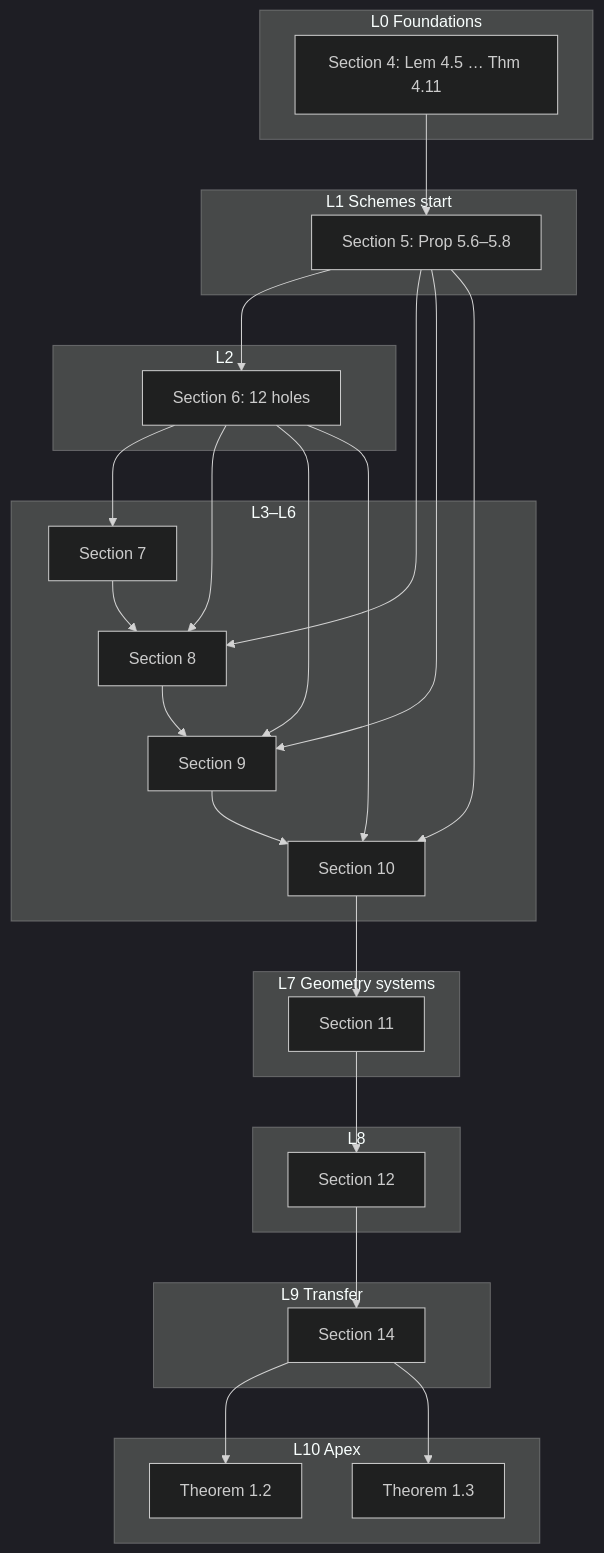
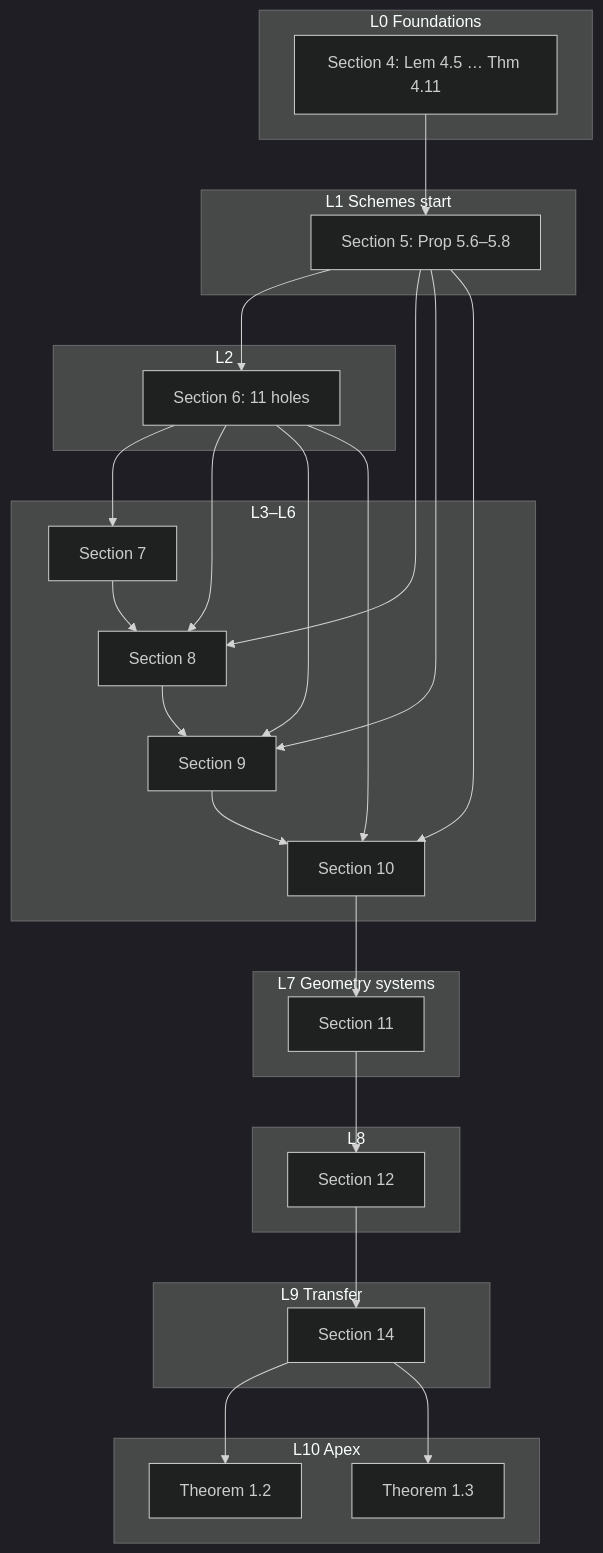
The diagram in HOLES.md (catskillsresearch/aec), drawn with Mermaid (dark theme) before and after one commit. The commit also changed other lines of this file and 4 other files, not shown here.

````diff
--- a/HOLES.md
+++ b/HOLES.md
@@ -51,40 +51,40 @@
 ```mermaid
 flowchart TD
   subgraph L0 [L0 Foundations]
     S4["Section 4: Lem 4.5 … Thm 4.11"]
   end
   subgraph L1 [L1 Schemes start]
     S5["Section 5: Prop 5.6–5.8"]
   end
   subgraph L2 [L2]
-    S6["Section 6: 12 holes"]
+    S6["Section 6: 11 holes"]
   end
   subgraph L3to6 [L3–L6]
     S7["Section 7"]
     S8["Section 8"]
     S9["Section 9"]
     S10["Section 10"]
   end
   subgraph L7 [L7 Geometry systems]
     S11["Section 11"]
   end
   subgraph L8 [L8]
     S12["Section 12"]
   end
   subgraph L9 [L9 Transfer]
     S14["Section 14"]
   end
   subgraph L10 [L10 Apex]
     T12["Theorem 1.2"]
     T13["Theorem 1.3"]
   end
   S4 --> S5 --> S6 --> S7 --> S8 --> S9 --> S10
   S5 --> S8
   S5 --> S9
   S5 --> S10
   S6 --> S8
   S6 --> S9
   S6 --> S10
   S10 --> S11 --> S12 --> S14 --> T12
   S14 --> T13
 ```
````
